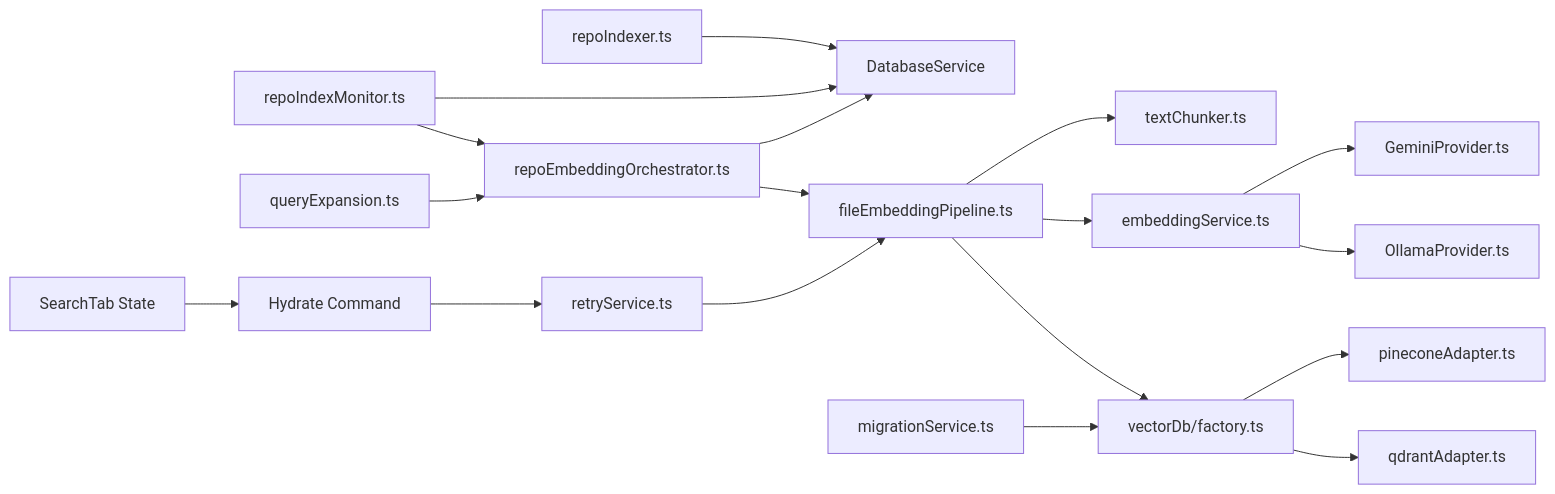
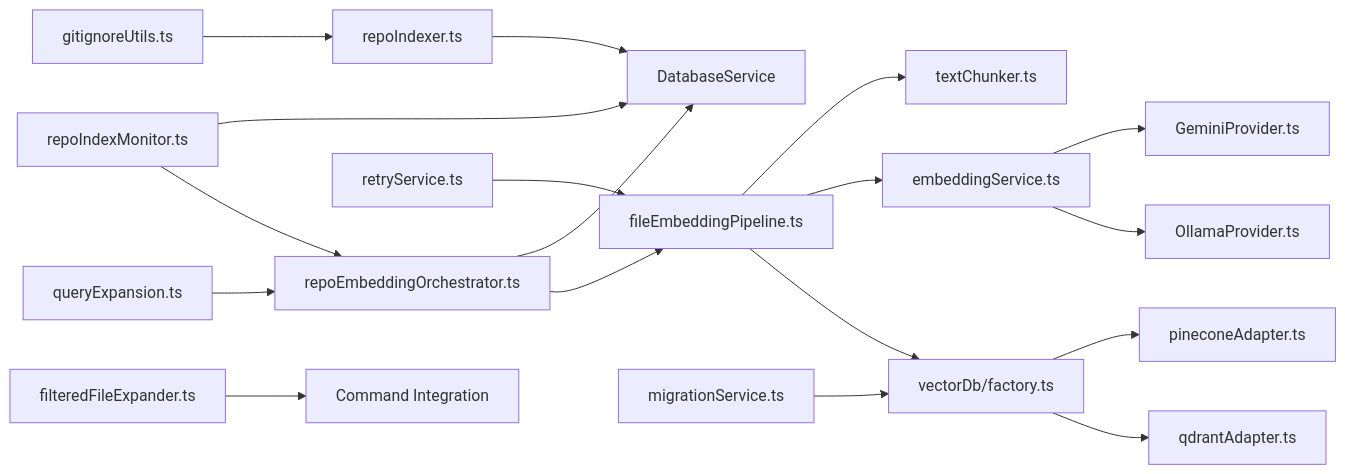
Before and after one commit to bramburn/repomix-runner: diagram 14 of 14 in .qoder/repowiki/en/content/Indexing and Search System/Indexing and Search System.md, drawn with Mermaid. The commit also changed other lines of this file and 40 other files, not shown here.

````diff
--- a/.qoder/repowiki/en/content/Indexing and Search System/Indexing and Search System.md
+++ b/.qoder/repowiki/en/content/Indexing and Search System/Indexing and Search System.md
@@ -610,20 +588,20 @@
 ```mermaid
 graph LR
 RI["repoIndexer.ts"] --> DB["DatabaseService"]
 REO["repoEmbeddingOrchestrator.ts"] --> DB
 REO --> FEP["fileEmbeddingPipeline.ts"]
 FEP --> TC["textChunker.ts"]
 FEP --> ES["embeddingService.ts"]
 ES --> GP["GeminiProvider.ts"]
 ES --> OP["OllamaProvider.ts"]
 FEP --> VF["vectorDb/factory.ts"]
 VF --> PCA["pineconeAdapter.ts"]
 VF --> QDA["qdrantAdapter.ts"]
 RP["repoIndexMonitor.ts"] --> DB
 RP --> REO
 RS["retryService.ts"] --> FEP
 MS["migrationService.ts"] --> VF
 QE["queryExpansion.ts"] --> REO
-ST["SearchTab State"] --> HW["Hydrate Command"]
-HW --> RS
+GIF["gitignoreUtils.ts"] --> RI
+FFE["filteredFileExpander.ts"] --> CMD["Command Integration"]
 ```
````
